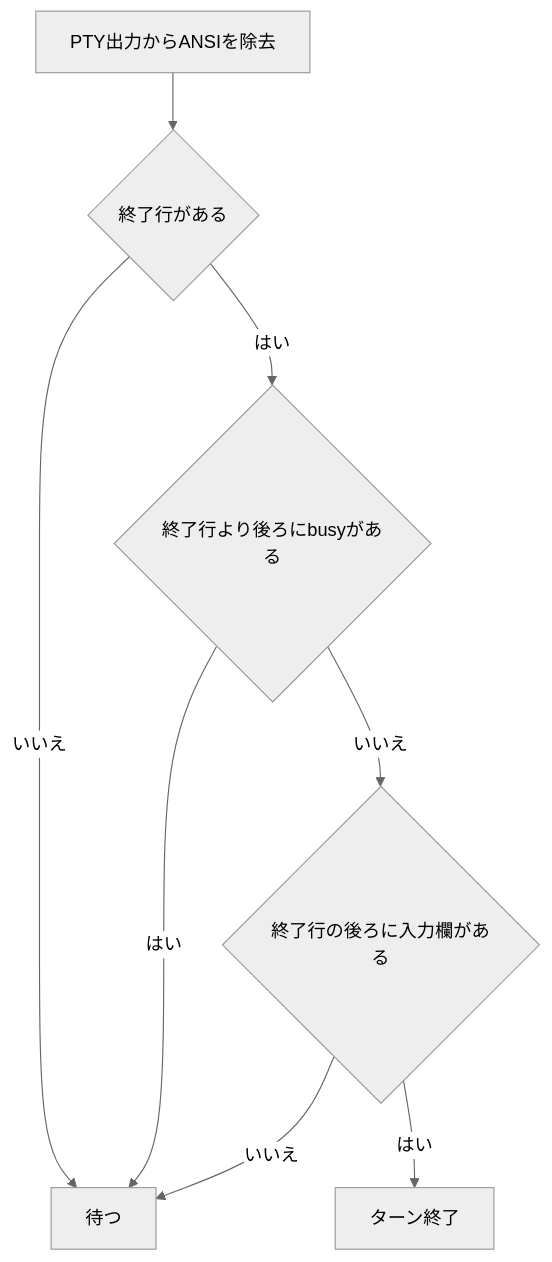
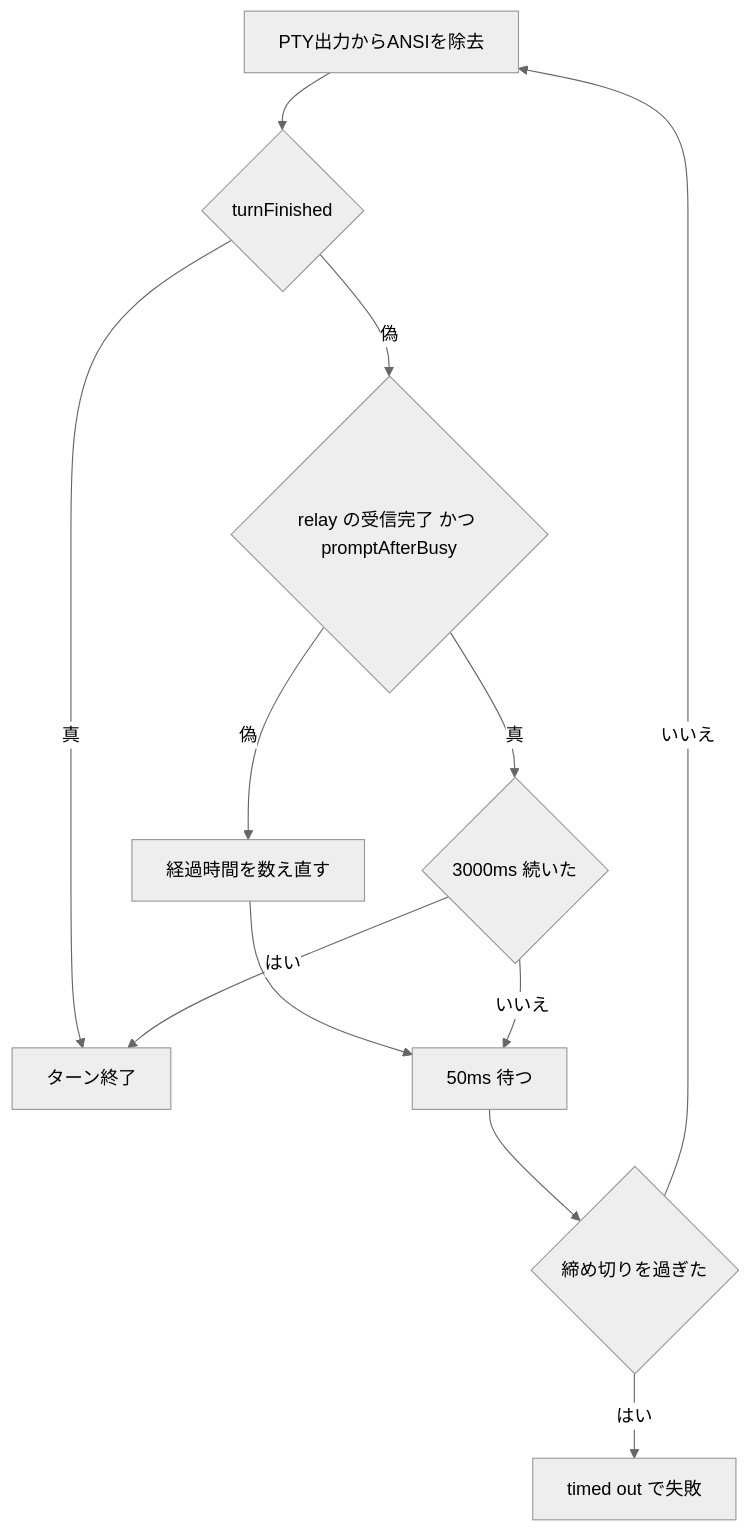
The diagram in docs/turn-completion.md (MINTY1st/pi-claude-code-tui), drawn with Mermaid (neutral theme) before and after one commit. The commit also changed other lines of this file and 12 other files, not shown here.

````diff
--- a/docs/turn-completion.md
+++ b/docs/turn-completion.md
@@ -13,10 +26,13 @@
 ```mermaid
 flowchart TD
-    A[PTY出力からANSIを除去] --> B{終了行がある}
-    B -->|いいえ| W[待つ]
-    B -->|はい| C{終了行より後ろにbusyがある}
-    C -->|はい| W
-    C -->|いいえ| D{終了行の後ろに入力欄がある}
+    A[PTY出力からANSIを除去] --> B{turnFinished}
+    B -->|真| E[ターン終了]
+    B -->|偽| C{relay の受信完了 かつ promptAfterBusy}
+    C -->|偽| R[経過時間を数え直す] --> W[50ms 待つ]
+    C -->|真| D{3000ms 続いた}
     D -->|いいえ| W
-    D -->|はい| E[ターン終了]
+    D -->|はい| E
+    W --> T{締め切りを過ぎた}
+    T -->|はい| X[timed out で失敗]
+    T -->|いいえ| A
 ```
````
